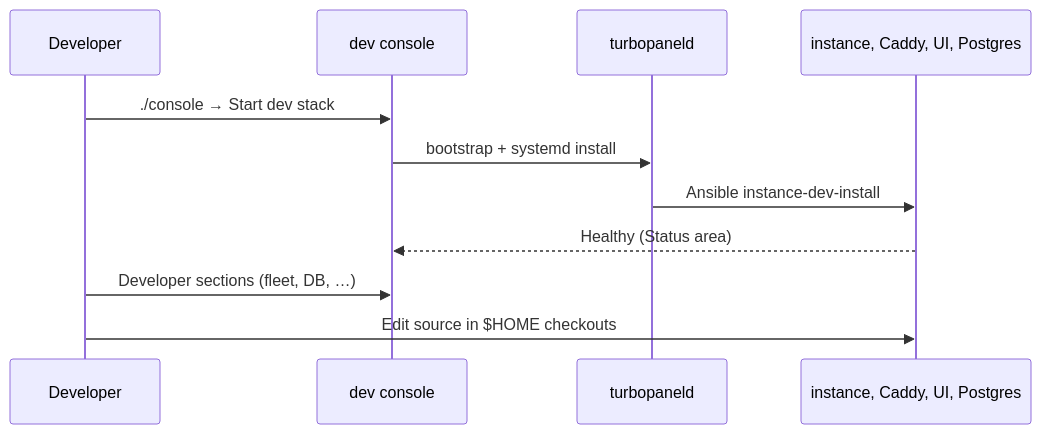
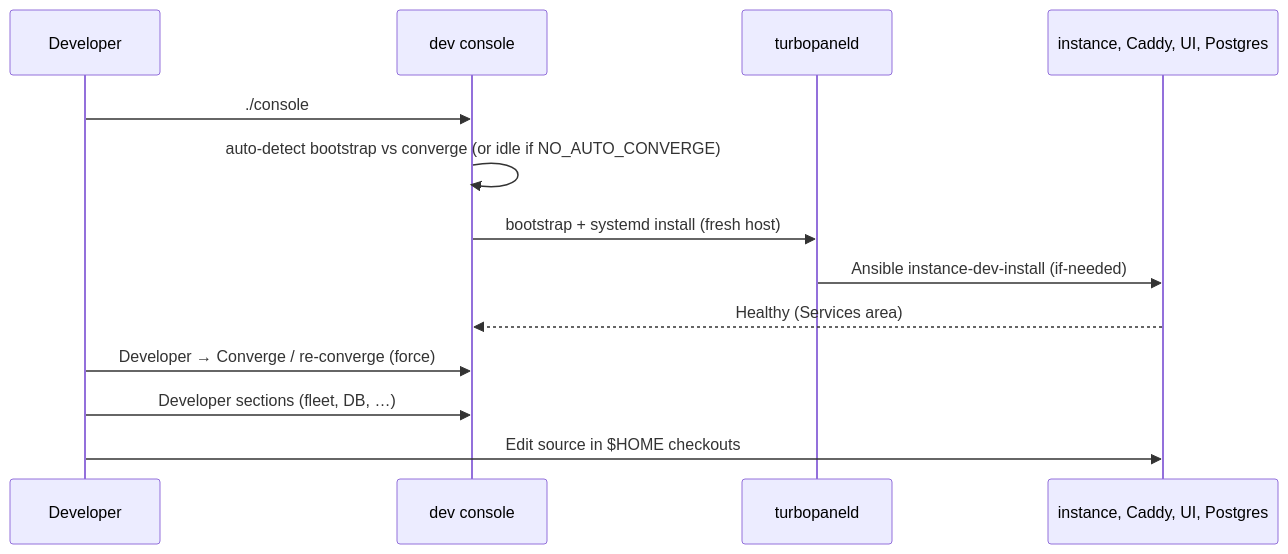
Before and after one commit to TurboPanel/website: the diagram in docs/getting-started/development.mdx, drawn with Mermaid. The commit also changed other lines of this file, not shown here.

Commit message:
Update development documentation to clarify the console launch process and auto-convergence behavior. Enhanced descriptions for bootstrapping and converging the dev stack, and updated navigation instructions for the console areas to improve user experience.

````diff
--- a/docs/getting-started/development.mdx
+++ b/docs/getting-started/development.mdx
@@ -145,14 +143,16 @@
 ```mermaid
 sequenceDiagram
     participant Dev as Developer
     participant Console as dev console
     participant Daemon as turbopaneld
     participant Services as instance, Caddy, UI, Postgres
 
-    Dev->>Console: ./console → Start dev stack
-    Console->>Daemon: bootstrap + systemd install
-    Daemon->>Services: Ansible instance-dev-install
-    Services-->>Console: Healthy (Status area)
+    Dev->>Console: ./console
+    Console->>Console: auto-detect bootstrap vs converge (or idle if NO_AUTO_CONVERGE)
+    Console->>Daemon: bootstrap + systemd install (fresh host)
+    Daemon->>Services: Ansible instance-dev-install (if-needed)
+    Services-->>Console: Healthy (Services area)
+    Dev->>Console: Developer → Converge / re-converge (force)
     Dev->>Console: Developer sections (fleet, DB, …)
     Dev->>Services: Edit source in $HOME checkouts
 ```
````
